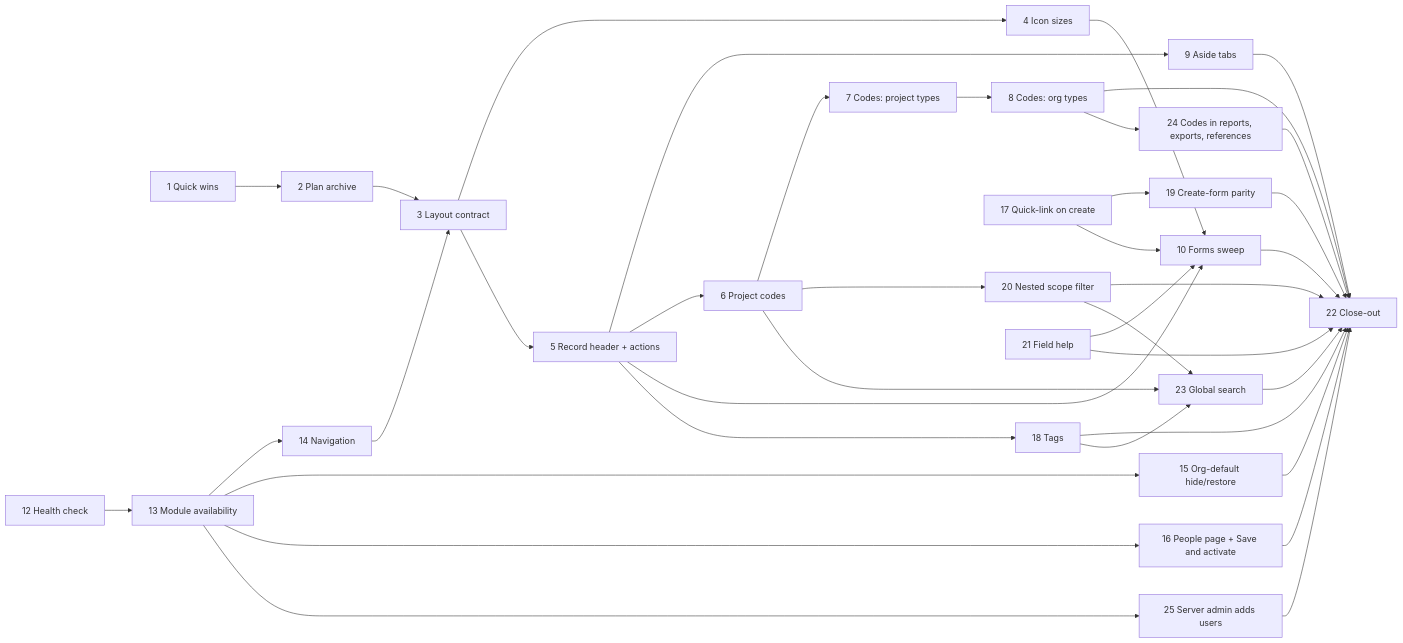
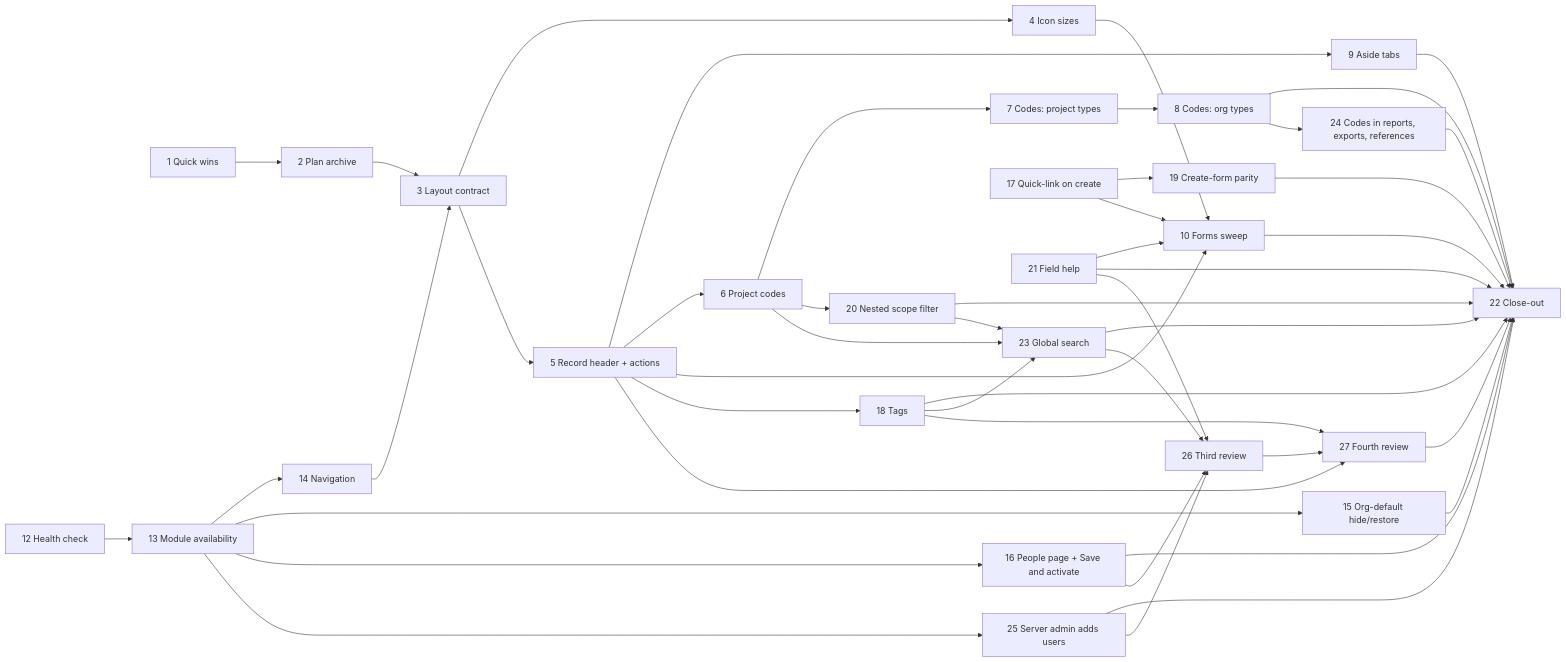
The first of 3 diagrams in docs/plans/platform-review-2026-10-plan.md (ballardr/reqtrackmanager), drawn with Mermaid before and after one commit. The commit also changed other lines of this file and 159 other files, not shown here.

````diff
--- a/docs/plans/platform-review-2026-10-plan.md
+++ b/docs/plans/platform-review-2026-10-plan.md
@@ -37,35 +39,43 @@
 ```mermaid
 flowchart LR
     P1["1 Quick wins"] --> P2["2 Plan archive"] --> P3["3 Layout contract"]
     P3 --> P4["4 Icon sizes"]
     P3 --> P5["5 Record header + actions"]
     P5 --> P9["9 Aside tabs"]
     P5 --> P6["6 Project codes"]
     P6 --> P7["7 Codes: project types"] --> P8["8 Codes: org types"]
     P4 --> P10["10 Forms sweep"]
     P5 --> P10
     P9 --> P22["22 Close-out"]
     P10 --> P22
     P8 --> P22
     P12["12 Health check"] --> P13["13 Module availability"] --> P14["14 Navigation"] --> P3
     P13 --> P15["15 Org-default hide/restore"]
     P13 --> P16["16 People page + Save and activate"]
     P5 --> P18["18 Tags"]
     P17["17 Quick-link on create"] --> P19["19 Create-form parity"]
     P6 --> P20["20 Nested scope filter"]
     P21["21 Field help"] --> P10
     P15 --> P22
     P16 --> P22
     P18 --> P22
     P19 --> P22
     P20 --> P22
     P21 --> P22
     P17 --> P10
     P6 --> P23["23 Global search"]
     P18 --> P23
     P20 --> P23
     P23 --> P22
     P8 --> P24["24 Codes in reports, exports, references"]
     P24 --> P22
     P13 --> P25["25 Server admin adds users"] --> P22
+    P16 --> P26["26 Third review"]
+    P21 --> P26
+    P23 --> P26
+    P25 --> P26
+    P26 --> P27["27 Fourth review"]
+    P5 --> P27
+    P18 --> P27
+    P27 --> P22
 ```
````
